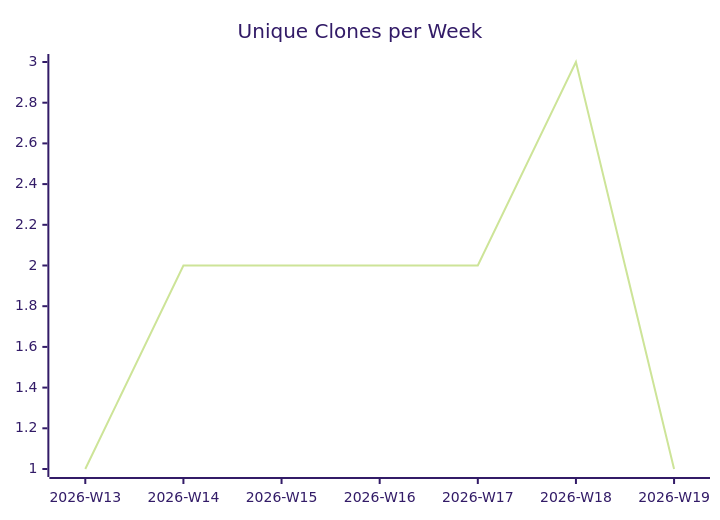
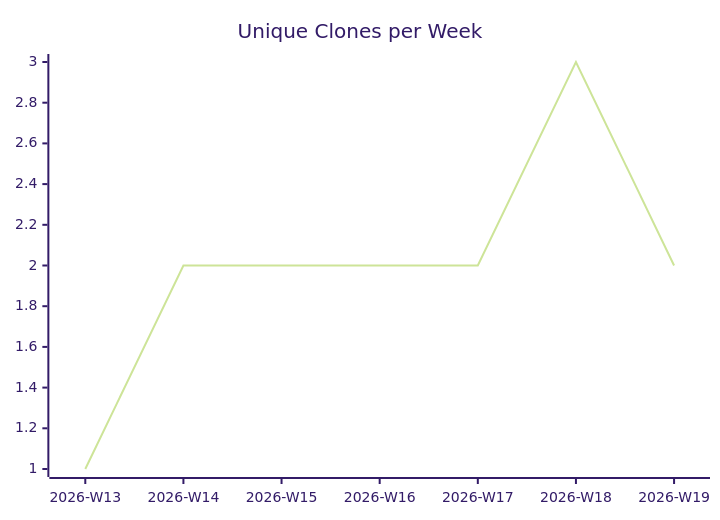
The third of 3 diagrams in karlmdavis/hello-rust-actix/README.md (justdavis-family/github-analytics-data), drawn with Mermaid (forest theme) before and after one commit. The commit also changed other lines of this file and 177 other files, not shown here.

````diff
--- a/karlmdavis/hello-rust-actix/README.md
+++ b/karlmdavis/hello-rust-actix/README.md
@@ -19,6 +19,6 @@
 ```mermaid
 xychart-beta
   title "Unique Clones per Week"
   x-axis ["2026-W13", "2026-W14", "2026-W15", "2026-W16", "2026-W17", "2026-W18", "2026-W19"]
-  line [1, 2, 2, 2, 2, 3, 1]
+  line [1, 2, 2, 2, 2, 3, 2]
 ```
````
